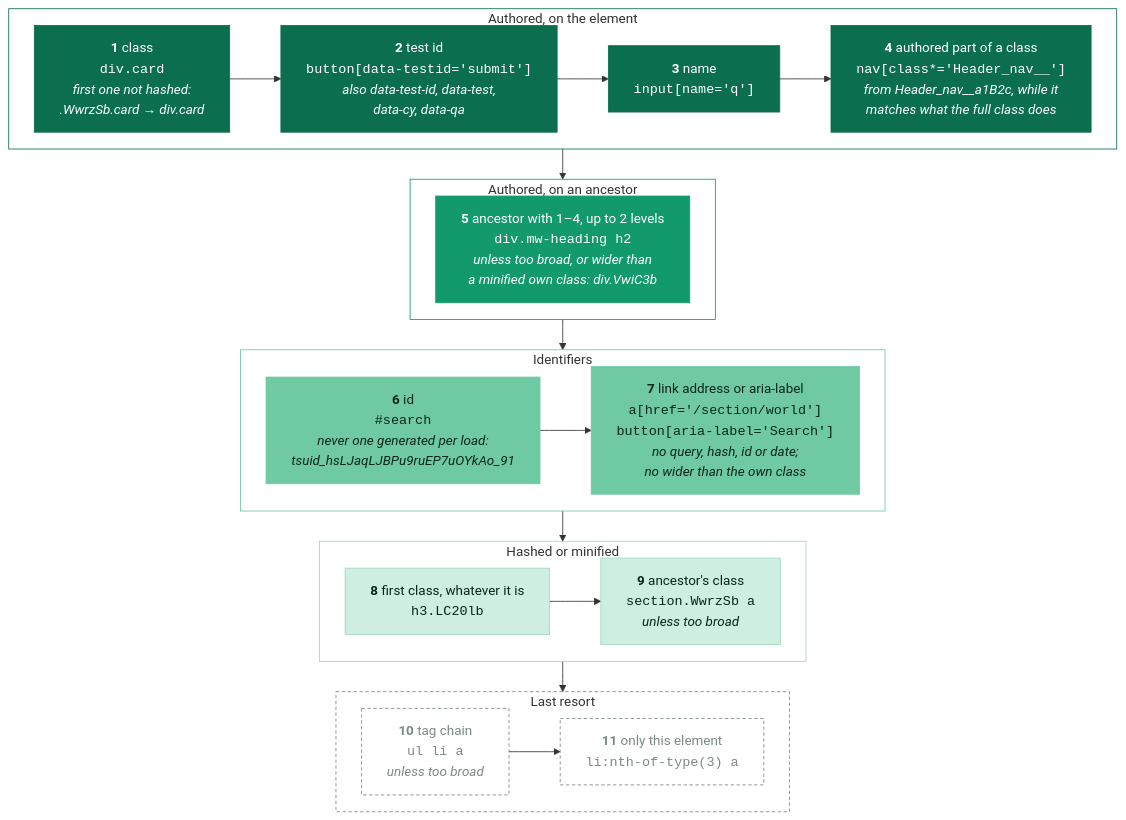
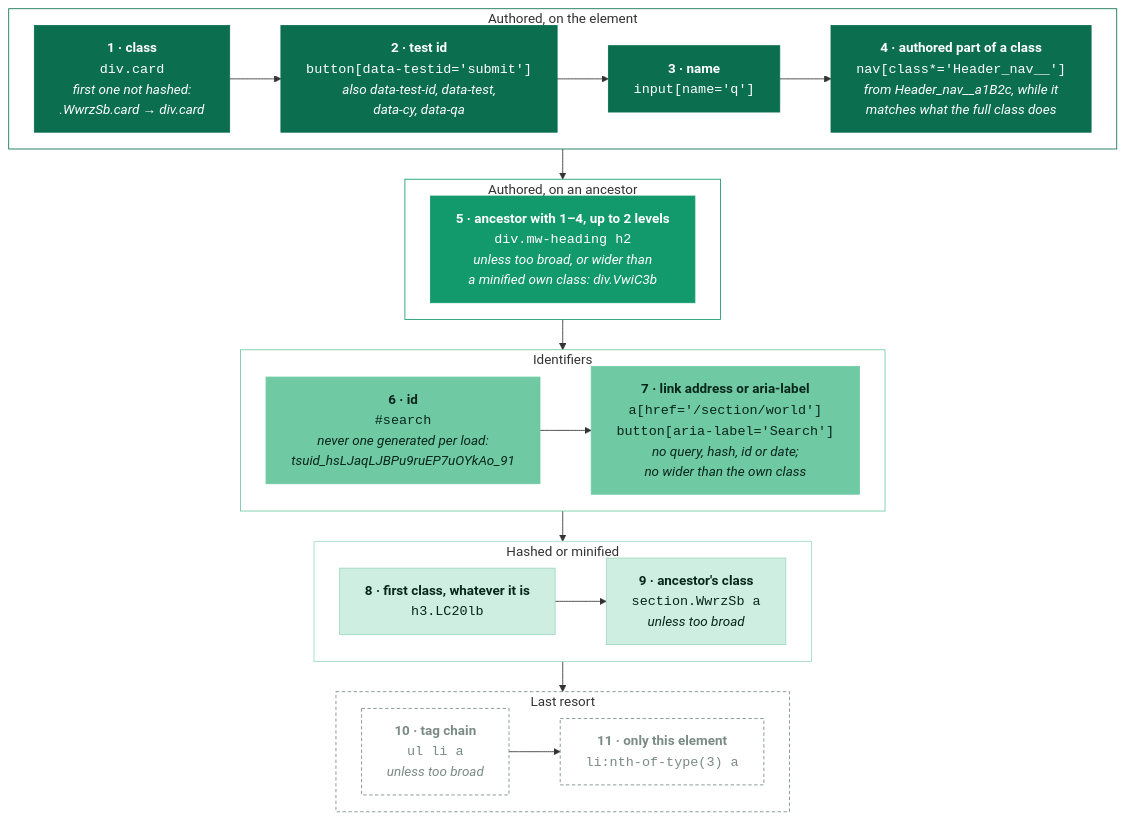
One commit to ankit/stylebot changed the diagram in docs/selectors-and-css.md. Above: the diagram before and after it, drawn with Mermaid.

Commit message:
docs(selectors): bold the step titles in the priority diagram

````diff
--- a/docs/selectors-and-css.md
+++ b/docs/selectors-and-css.md
@@ -18,51 +18,51 @@
 ```mermaid
 %%{init: {"flowchart": {"curve": "basis", "nodeSpacing": 20, "rankSpacing": 36, "wrappingWidth": 320}, "themeCSS": "g.node code { font-family: ui-monospace, SFMono-Regular, Menlo, monospace; font-size: 12px; padding: 1px 6px; border-radius: 4px; white-space: nowrap; } g.t1 code, g.t2 code { background: rgba(255,255,255,0.16); } g.t3 code, g.t4 code { background: rgba(8,38,27,0.10); } g.t5 code { background: rgba(122,138,132,0.14); } g.node i { font-size: 11px; opacity: 0.85; }"}}%%
 flowchart TB
     subgraph authored["Authored, on the element"]
         direction LR
-        S1["<b>1</b> class<br/><code>div.card</code><br/><i>first one not hashed:<br/>.WwrzSb.card → div.card</i>"]
-        S2["<b>2</b> test id<br/><code>button[data-testid='submit']</code><br/><i>also data-test-id, data-test,<br/>data-cy, data-qa</i>"]
-        S3["<b>3</b> name<br/><code>input[name='q']</code>"]
-        S4["<b>4</b> authored part of a class<br/><code>nav[class*='Header_nav__']</code><br/><i>from Header_nav__a1B2c, while it<br/>matches what the full class does</i>"]
+        S1["<b>1 · class</b><br/><code>div.card</code><br/><i>first one not hashed:<br/>.WwrzSb.card → div.card</i>"]
+        S2["<b>2 · test id</b><br/><code>button[data-testid='submit']</code><br/><i>also data-test-id, data-test,<br/>data-cy, data-qa</i>"]
+        S3["<b>3 · name</b><br/><code>input[name='q']</code>"]
+        S4["<b>4 · authored part of a class</b><br/><code>nav[class*='Header_nav__']</code><br/><i>from Header_nav__a1B2c, while it<br/>matches what the full class does</i>"]
         S1 --> S2 --> S3 --> S4
     end
     subgraph scoped["Authored, on an ancestor"]
         direction LR
-        S5["<b>5</b> ancestor with 1–4, up to 2 levels<br/><code>div.mw-heading h2</code><br/><i>unless too broad, or wider than<br/>a minified own class: div.VwiC3b</i>"]
+        S5["<b>5 · ancestor with 1–4, up to 2 levels</b><br/><code>div.mw-heading h2</code><br/><i>unless too broad, or wider than<br/>a minified own class: div.VwiC3b</i>"]
     end
     subgraph ids["Identifiers"]
         direction LR
-        S6["<b>6</b> id<br/><code>#search</code><br/><i>never one generated per load:<br/>tsuid_hsLJaqLJBPu9ruEP7uOYkAo_91</i>"]
-        S7["<b>7</b> link address or aria-label<br/><code>a[href='/section/world']</code><br/><code>button[aria-label='Search']</code><br/><i>no query, hash, id or date;<br/>no wider than the own class</i>"]
+        S6["<b>6 · id</b><br/><code>#search</code><br/><i>never one generated per load:<br/>tsuid_hsLJaqLJBPu9ruEP7uOYkAo_91</i>"]
+        S7["<b>7 · link address or aria-label</b><br/><code>a[href='/section/world']</code><br/><code>button[aria-label='Search']</code><br/><i>no query, hash, id or date;<br/>no wider than the own class</i>"]
         S6 --> S7
     end
     subgraph hashed["Hashed or minified"]
         direction LR
-        S8["<b>8</b> first class, whatever it is<br/><code>h3.LC20lb</code>"]
-        S9["<b>9</b> ancestor's class<br/><code>section.WwrzSb a</code><br/><i>unless too broad</i>"]
+        S8["<b>8 · first class, whatever it is</b><br/><code>h3.LC20lb</code>"]
+        S9["<b>9 · ancestor's class</b><br/><code>section.WwrzSb a</code><br/><i>unless too broad</i>"]
         S8 --> S9
     end
     subgraph last["Last resort"]
         direction LR
-        S10["<b>10</b> tag chain<br/><code>ul li a</code><br/><i>unless too broad</i>"]
-        S11["<b>11</b> only this element<br/><code>li:nth-of-type(3) a</code>"]
+        S10["<b>10 · tag chain</b><br/><code>ul li a</code><br/><i>unless too broad</i>"]
+        S11["<b>11 · only this element</b><br/><code>li:nth-of-type(3) a</code>"]
         S10 --> S11
     end
     authored --> scoped --> ids --> hashed --> last
 
     classDef t1 fill:#0b6e4f,stroke:#0b6e4f,color:#ffffff
     classDef t2 fill:#139a6c,stroke:#139a6c,color:#ffffff
     classDef t3 fill:#6fcaa4,stroke:#6fcaa4,color:#08261b
     classDef t4 fill:#cdeee0,stroke:#9fd9c0,color:#08261b
     classDef t5 fill:transparent,stroke:#7a8a84,stroke-dasharray:4 3,color:#7a8a84
     class S1,S2,S3,S4 t1
     class S5 t2
     class S6,S7 t3
     class S8,S9 t4
     class S10,S11 t5
     style authored fill:transparent,stroke:#0b6e4f,stroke-width:1px
     style scoped fill:transparent,stroke:#139a6c,stroke-width:1px
     style ids fill:transparent,stroke:#6fcaa4,stroke-width:1px
     style hashed fill:transparent,stroke:#9fd9c0,stroke-width:1px
     style last fill:transparent,stroke:#7a8a84,stroke-width:1px,stroke-dasharray:4 3
 ```
````
